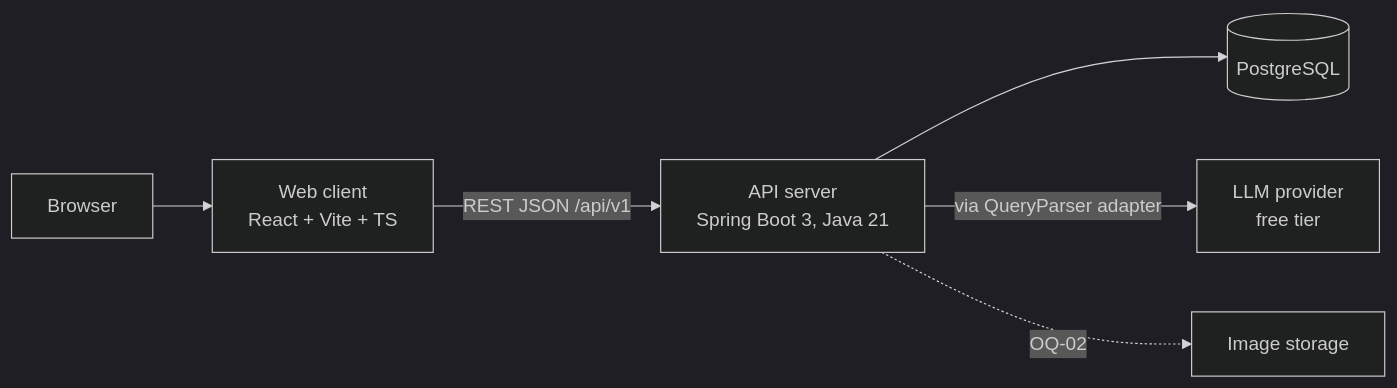
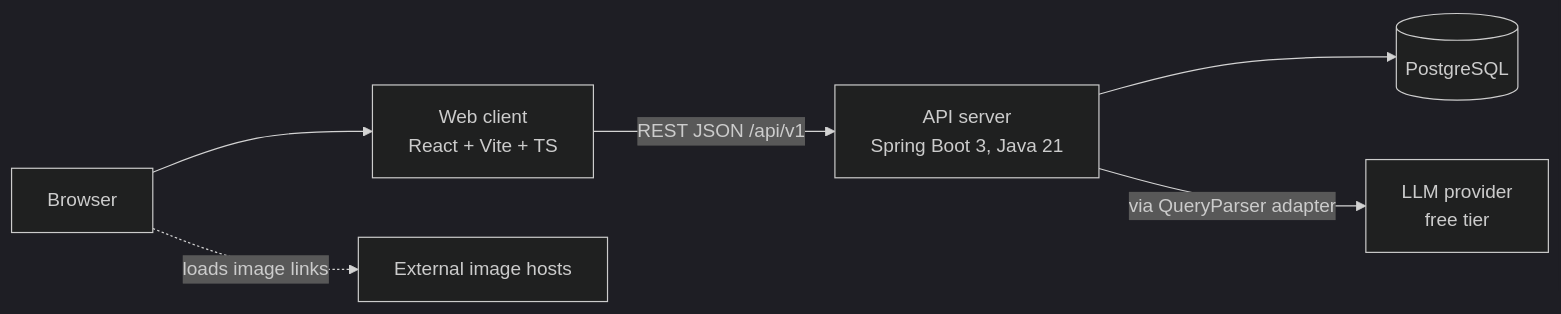
One commit to lamkhai0604/finding-house changed the first of 4 diagrams in docs/ARCHITECTURE.md. Above: the diagram before and after it, drawn with Mermaid (dark theme). The commit also changed 7 other files, not shown here.

First line of the commit message:
docs(T-002): image links with placeholder (D-017); task-branch workflow (D-012)

````diff
--- a/docs/ARCHITECTURE.md
+++ b/docs/ARCHITECTURE.md
@@ -13,8 +13,8 @@
 ```mermaid
 flowchart LR
     U[Browser] --> FE[Web client<br/>React + Vite + TS]
     FE -->|REST JSON /api/v1| API[API server<br/>Spring Boot 3, Java 21]
     API --> DB[(PostgreSQL)]
     API -->|via QueryParser adapter| LLM[LLM provider<br/>free tier]
-    API -.->|OQ-02| IMG[Image storage]
+    U -.->|loads image links| IMG[External image hosts]
 ```
````
